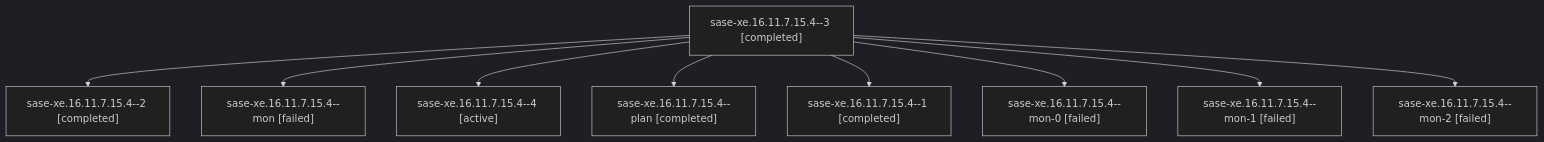
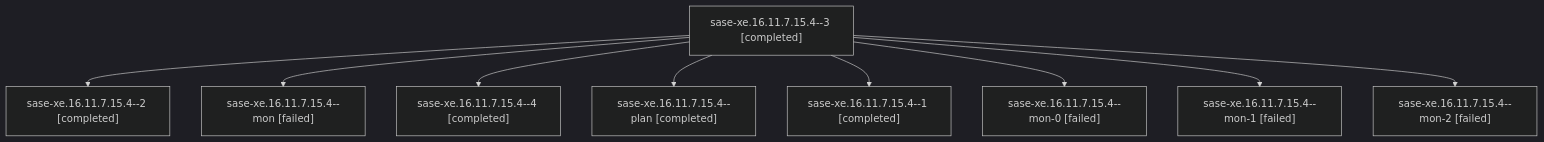
One commit to sase-org/sase--agents changed the diagram in families/bbugyi200.apollo.sase-xe.16.11.7.15.4.md. Above: the diagram before and after it, drawn with Mermaid (dark theme). The commit also changed other lines of this file and 53 other files, not shown here.

````diff
--- a/families/bbugyi200.apollo.sase-xe.16.11.7.15.4.md
+++ b/families/bbugyi200.apollo.sase-xe.16.11.7.15.4.md
@@ -9,20 +9,20 @@
 ```mermaid
 flowchart TD
   n0["sase-xe.16.11.7.15.4--3 [completed]"]
   n1["sase-xe.16.11.7.15.4--2 [completed]"]
   n0 --> n1
   n2["sase-xe.16.11.7.15.4--mon [failed]"]
   n0 --> n2
-  n3["sase-xe.16.11.7.15.4--4 [active]"]
+  n3["sase-xe.16.11.7.15.4--4 [completed]"]
   n0 --> n3
   n4["sase-xe.16.11.7.15.4--plan [completed]"]
   n0 --> n4
   n5["sase-xe.16.11.7.15.4--1 [completed]"]
   n0 --> n5
   n6["sase-xe.16.11.7.15.4--mon-0 [failed]"]
   n0 --> n6
   n7["sase-xe.16.11.7.15.4--mon-1 [failed]"]
   n0 --> n7
   n8["sase-xe.16.11.7.15.4--mon-2 [failed]"]
   n0 --> n8
 ```
````
